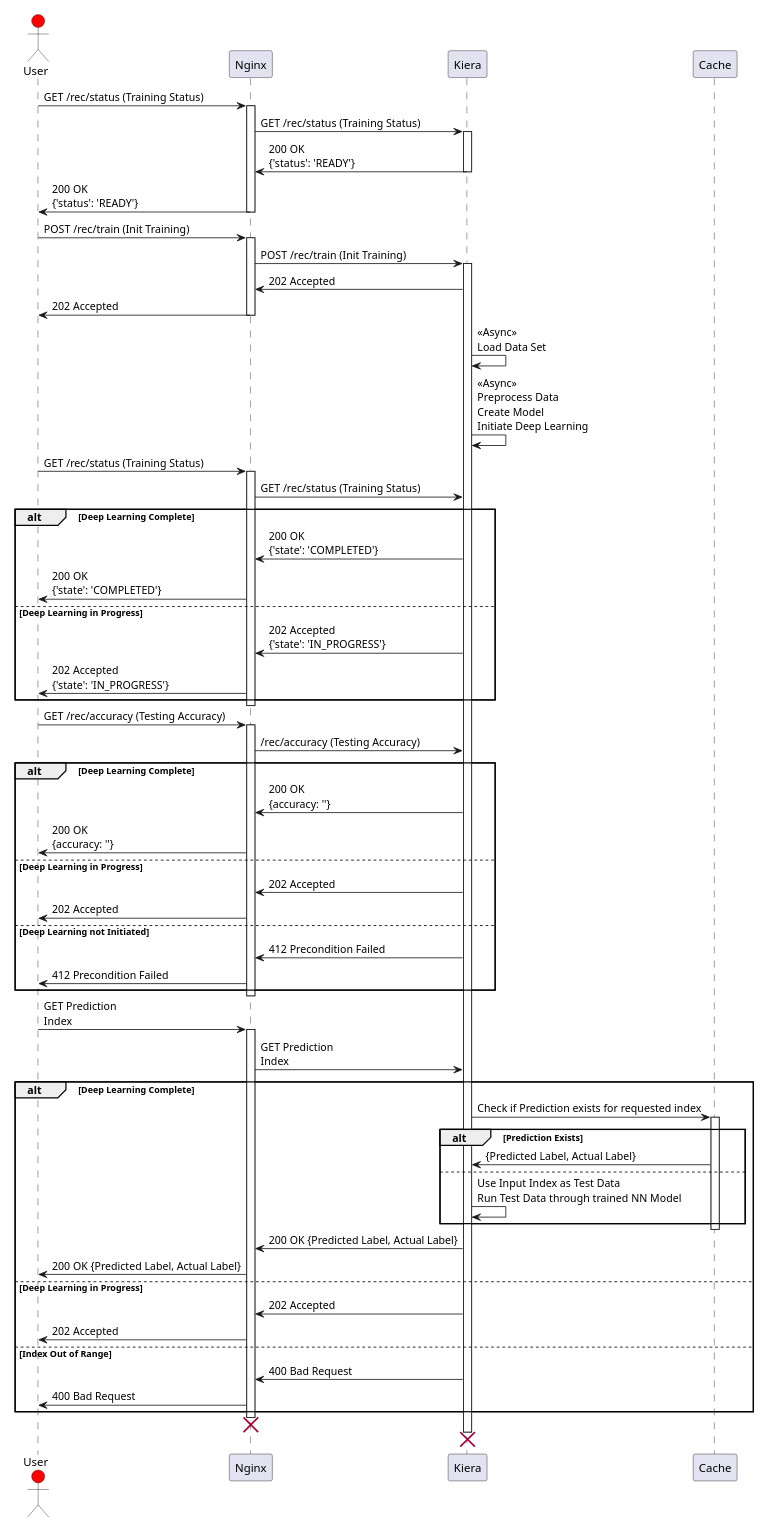
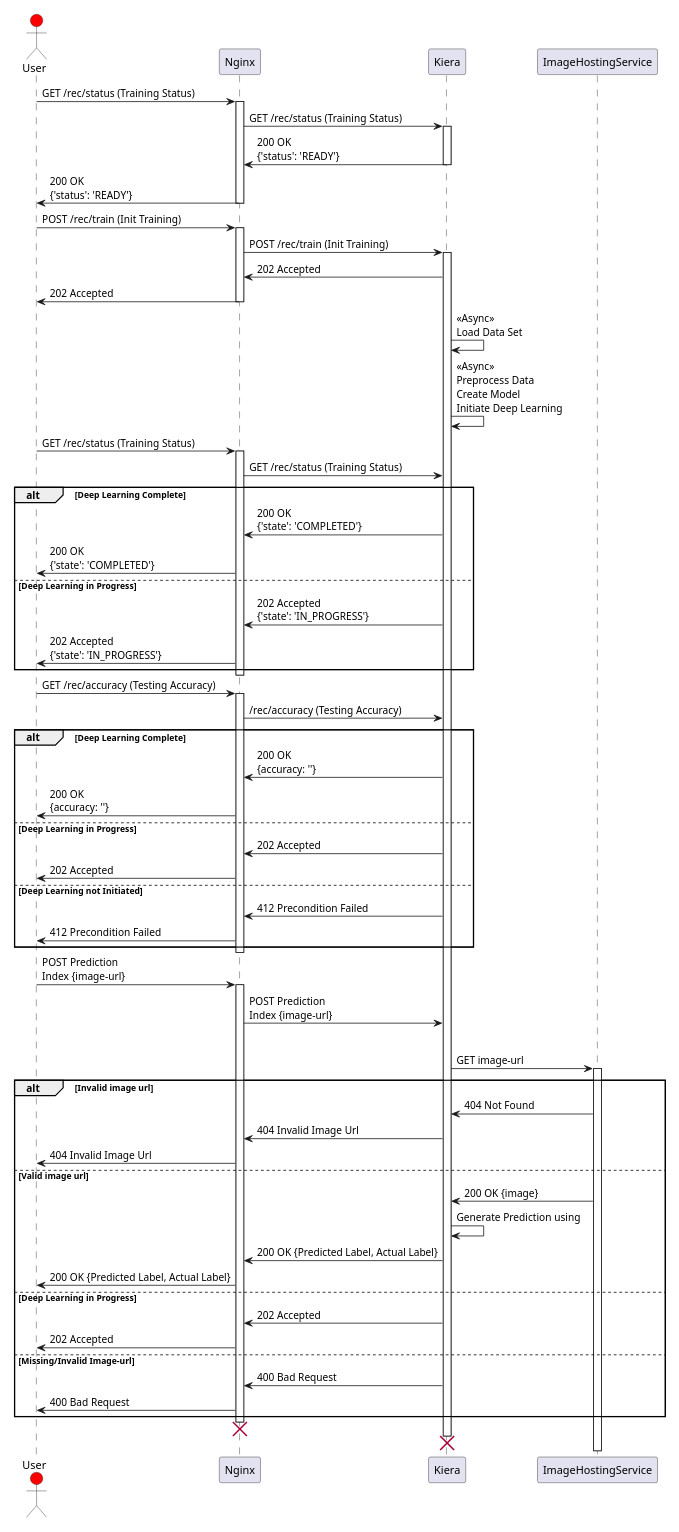
Before and after one commit to rachit-ranjan16/Kiera: the diagram in design/SequenceDiag.pu, drawn with PlantUML. The commit also changed 4 other files, not shown here.

```diff
--- a/design/SequenceDiag.pu
+++ b/design/SequenceDiag.pu
@@ -1,79 +1,80 @@
 @startuml
 actor User #red
 participant Nginx
 participant Kiera
-participant Cache
+participant ImageHostingService
 scale 1920*1080
 'API Spec'
 
 User->Nginx: GET /rec/status (Training Status)
 activate Nginx
 Nginx->Kiera: GET /rec/status (Training Status)
 activate Kiera
 Kiera->Nginx: 200 OK\n{'status': 'READY'}
 deactivate Kiera
 Nginx->User: 200 OK\n{'status': 'READY'}
 deactivate Nginx
 
 User->Nginx: POST /rec/train (Init Training)
 activate Nginx
 Nginx->Kiera: POST /rec/train (Init Training)
 activate Kiera
 Kiera->Nginx: 202 Accepted
 Nginx->User: 202 Accepted
 deactivate Nginx
 Kiera->Kiera: <<Async>>\nLoad Data Set
 Kiera->Kiera: <<Async>>\nPreprocess Data\nCreate Model\nInitiate Deep Learning
 
 User->Nginx: GET /rec/status (Training Status)
 activate Nginx
 Nginx->Kiera: GET /rec/status (Training Status)
 alt Deep Learning Complete
   Kiera->Nginx: 200 OK\n{'state': 'COMPLETED'}
   Nginx->User: 200 OK\n{'state': 'COMPLETED'}
 else Deep Learning in Progress
   Kiera->Nginx: 202 Accepted\n{'state': 'IN_PROGRESS'}
   Nginx->User: 202 Accepted\n{'state': 'IN_PROGRESS'}
 end
 deactivate Nginx
 
 User->Nginx: GET /rec/accuracy (Testing Accuracy)
 activate Nginx
 Nginx->Kiera: /rec/accuracy (Testing Accuracy)
 alt Deep Learning Complete
   Kiera->Nginx: 200 OK\n{accuracy: ''}
   Nginx->User: 200 OK\n{accuracy: ''}
 else Deep Learning in Progress
   Kiera->Nginx: 202 Accepted
   Nginx->User: 202 Accepted
 else Deep Learning not Initiated
   Kiera->Nginx: 412 Precondition Failed
   Nginx->User: 412 Precondition Failed
 end
 deactivate Nginx
 
-User->Nginx: GET Prediction\nIndex
+User->Nginx: POST Prediction\nIndex {image-url}
 activate Nginx
-Nginx->Kiera: GET Prediction\nIndex
+Nginx->Kiera: POST Prediction\nIndex {image-url}
 alt Deep Learning Complete
-  Kiera->Cache: Check if Prediction exists for requested index
-  activate Cache
-  alt Prediction Exists
-    Cache->Kiera: {Predicted Label, Actual Label}
-  else
-    Kiera->Kiera: Use Input Index as Test Data\nRun Test Data through trained NN Model
-  end
-  deactivate Cache
-  Kiera->Nginx: 200 OK {Predicted Label, Actual Label}
-  Nginx->User: 200 OK {Predicted Label, Actual Label}
+  Kiera->ImageHostingService: GET image-url
+  activate ImageHostingService
+  alt Invalid image url
+    ImageHostingService->Kiera: 404 Not Found
+    Kiera->Nginx: 404 Invalid Image Url
+    Nginx->User: 404 Invalid Image Url
+  else Valid image url
+    ImageHostingService->Kiera: 200 OK {image}
+    Kiera->Kiera: Generate Prediction using
+    Kiera->Nginx: 200 OK {Predicted Label, Actual Label}
+    Nginx->User: 200 OK {Predicted Label, Actual Label}
 else Deep Learning in Progress
   Kiera->Nginx: 202 Accepted
   Nginx->User: 202 Accepted
-else Index Out of Range
+else Missing/Invalid Image-url
   Kiera->Nginx: 400 Bad Request
   Nginx->User: 400 Bad Request
 end
 deactivate Nginx
 destroy Nginx
 destroy Kiera
 @enduml
```
